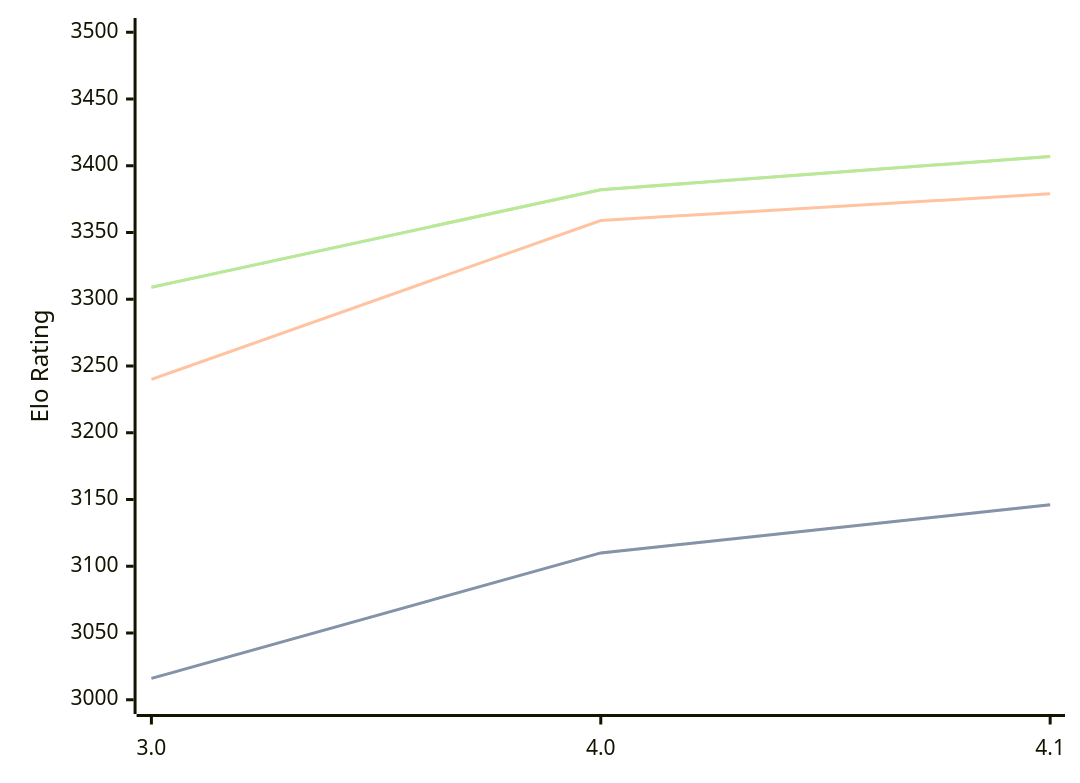
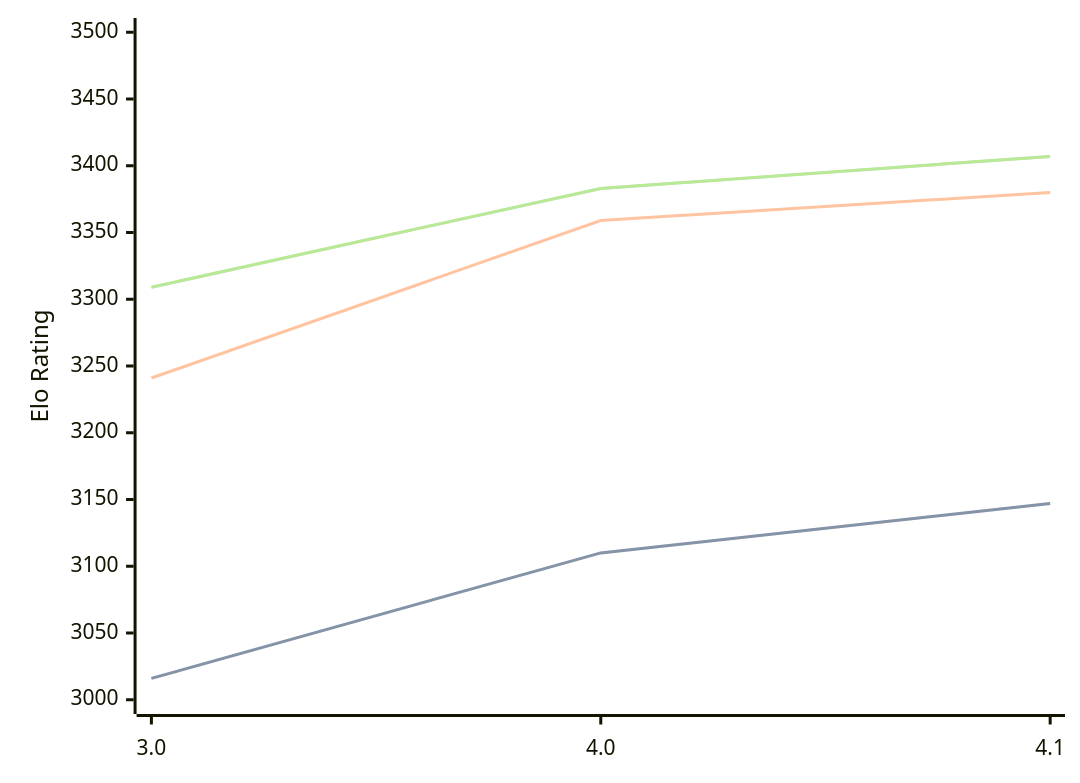
The first of 3 diagrams in engines/Eleanor.md (computer-chess-index/cci), drawn with Mermaid before and after one commit. The commit also changed other lines of this file, not shown here.

Commit message:
Update CCI Ratings (ELO VLTC) - 2026-06-24

````diff
--- a/engines/Eleanor.md
+++ b/engines/Eleanor.md
@@ -35,11 +35,11 @@
 ```mermaid
 %%{init: {"theme":"base","themeVariables":{"seriesColors:['#a3a3a3','#222221','#faa371']}}}%%
 xychart-beta
   x-axis ["3.0", "4.0", "4.1"]
   y-axis "Elo Rating" 3000 --> 3500
-  line "STC (8.0+0.08s)" [3016, 3110, 3146]
-  line "STC (8.0+0.08s)" [3016, 3110, 3146]
-  line "LTC (60.0+0.60s)" [3240, 3359, 3379]
-  line "VLTC (2m24s+1.12s)" [3309, 3382, 3407]
-  line "VLTC (2m24s+1.12s)" [3309, 3382, 3407]
+  line "STC (8.0+0.08s)" [3016, 3110, 3147]
+  line "STC (8.0+0.08s)" [3016, 3110, 3147]
+  line "LTC (60.0+0.60s)" [3241, 3359, 3380]
+  line "VLTC (2m24s+1.12s)" [3309, 3383, 3407]
+  line "VLTC (2m24s+1.12s)" [3309, 3383, 3407]
 ```
````
